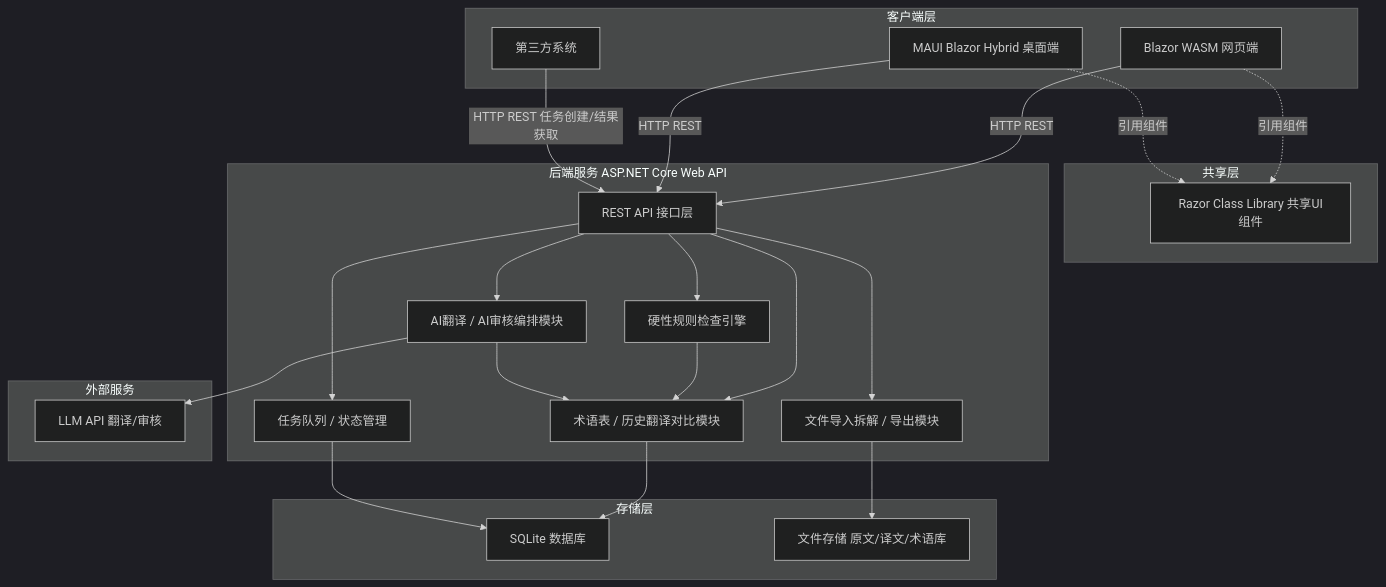
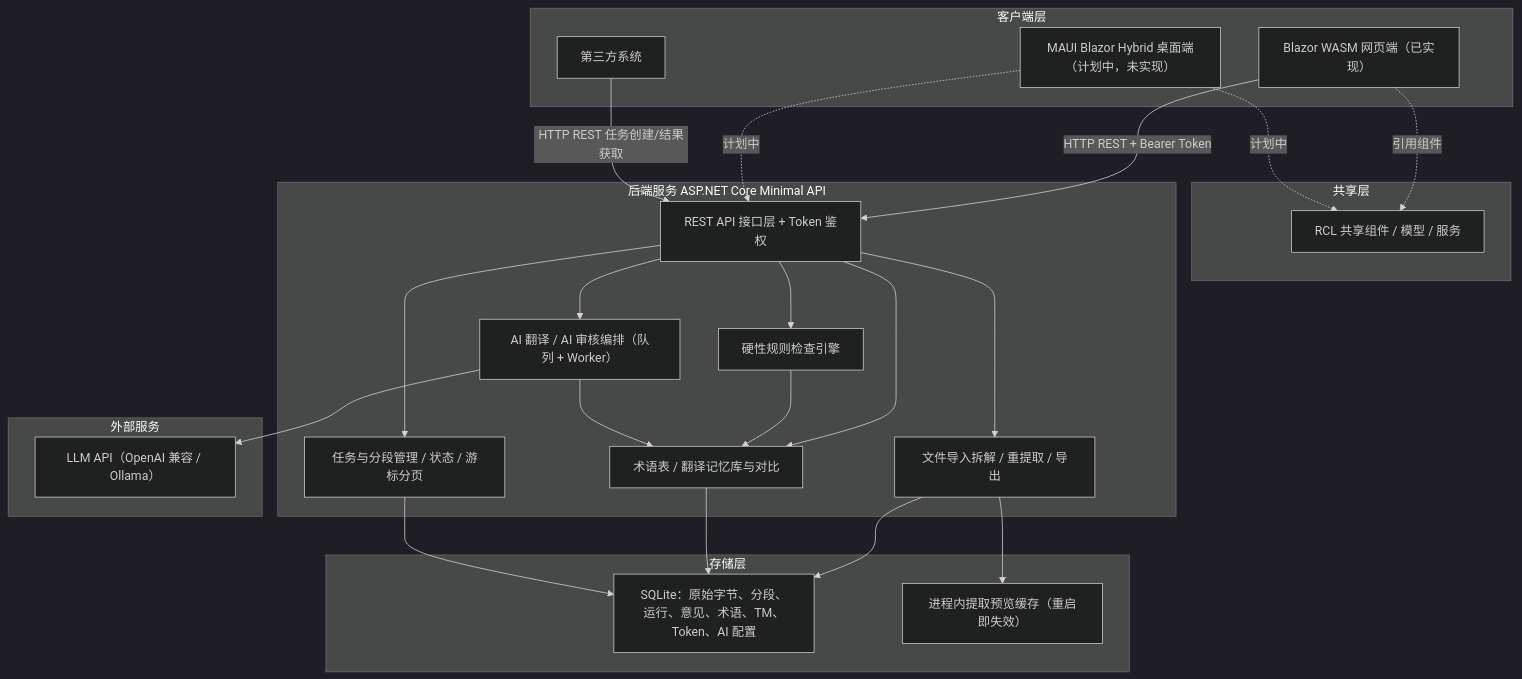
Before and after one commit to silevilence/MyTranslator: the diagram in AGENTS.md, drawn with Mermaid (dark theme). The commit also changed other lines of this file and 5 other files, not shown here.

````diff
--- a/AGENTS.md
+++ b/AGENTS.md
@@ -23,50 +29,51 @@
 ```mermaid
 flowchart TB
     subgraph clients["客户端层"]
-        webClient["Blazor WASM 网页端"]
-        desktopClient["MAUI Blazor Hybrid 桌面端"]
+        webClient["Blazor WASM 网页端（已实现）"]
+        desktopClient["MAUI Blazor Hybrid 桌面端（计划中，未实现）"]
         thirdParty["第三方系统"]
     end
 
     subgraph shared["共享层"]
-        sharedUI["Razor Class Library 共享UI组件"]
+        sharedUI["RCL 共享组件 / 模型 / 服务"]
     end
 
-    subgraph backend["后端服务 ASP.NET Core Web API"]
-        apiGateway["REST API 接口层"]
-        fileModule["文件导入拆解 / 导出模块"]
-        tmModule["术语表 / 历史翻译对比模块"]
-        aiModule["AI翻译 / AI审核编排模块"]
+    subgraph backend["后端服务 ASP.NET Core Minimal API"]
+        apiGateway["REST API 接口层 + Token 鉴权"]
+        fileModule["文件导入拆解 / 重提取 / 导出"]
+        tmModule["术语表 / 翻译记忆库与对比"]
+        aiModule["AI 翻译 / AI 审核编排（队列 + Worker）"]
         ruleModule["硬性规则检查引擎"]
-        taskModule["任务队列 / 状态管理"]
+        taskModule["任务与分段管理 / 状态 / 游标分页"]
     end
 
     subgraph storage["存储层"]
-        sqlite["SQLite 数据库"]
-        fileStore["文件存储 原文/译文/术语库"]
+        sqlite["SQLite：原始字节、分段、运行、意见、术语、TM、Token、AI 配置"]
+        previewStore["进程内提取预览缓存（重启即失效）"]
     end
 
     subgraph external["外部服务"]
-        llmApi["LLM API 翻译/审核"]
+        llmApi["LLM API（OpenAI 兼容 / Ollama）"]
     end
 
-    webClient -->|"HTTP REST"| apiGateway
-    desktopClient -->|"HTTP REST"| apiGateway
+    webClient -->|"HTTP REST + Bearer Token"| apiGateway
+    desktopClient -.->|"计划中"| apiGateway
     thirdParty -->|"HTTP REST 任务创建/结果获取"| apiGateway
 
     webClient -.->|"引用组件"| sharedUI
-    desktopClient -.->|"引用组件"| sharedUI
+    desktopClient -.->|"计划中"| sharedUI
 
     apiGateway --> fileModule
     apiGateway --> tmModule
     apiGateway --> aiModule
     apiGateway --> ruleModule
     apiGateway --> taskModule
 
-    fileModule --> fileStore
+    fileModule --> sqlite
+    fileModule --> previewStore
     tmModule --> sqlite
     ruleModule --> tmModule
     aiModule --> llmApi
     aiModule --> tmModule
     taskModule --> sqlite
 ```
````
